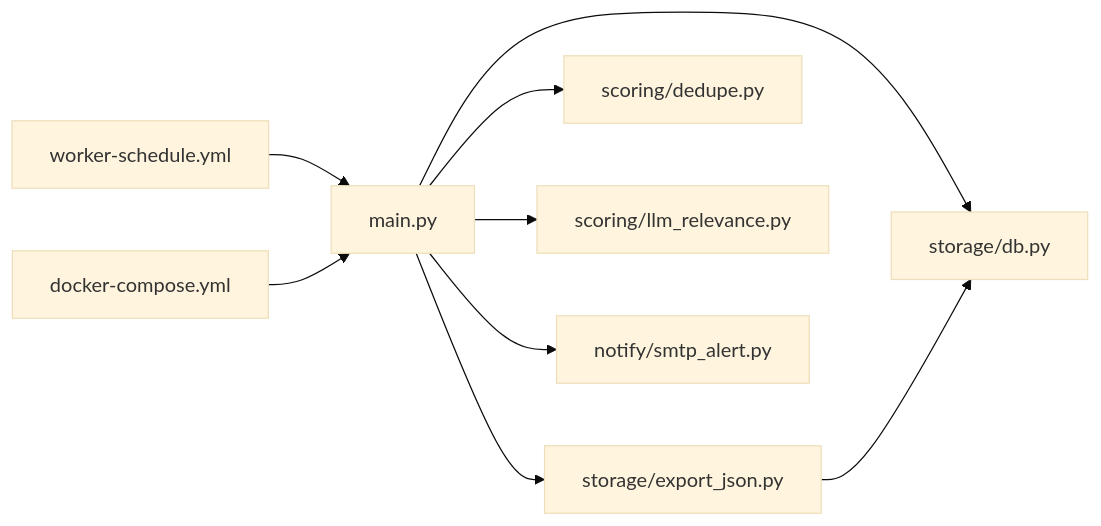
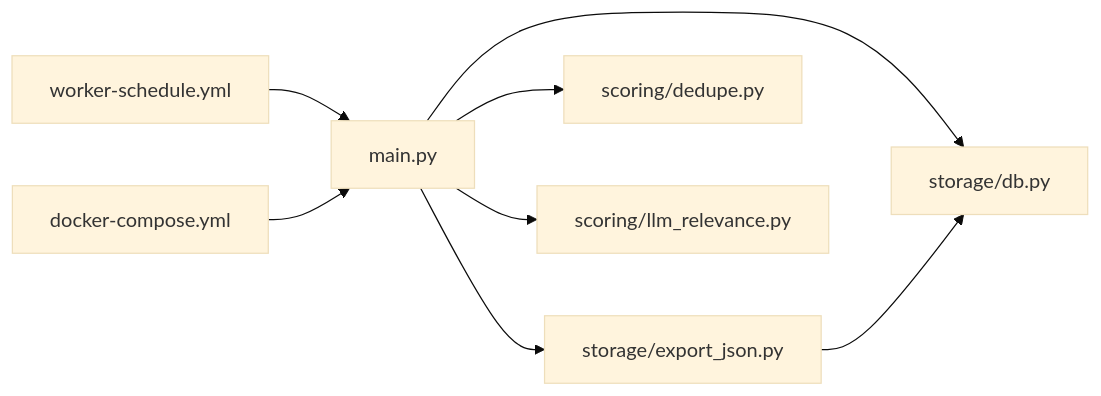
One commit to shakthi-vinayak/news changed the seventh of 7 diagrams in .qoder/repowiki/en/content/Data Management/Data Lifecycle Management.md. Above: the diagram before and after it, drawn with Mermaid (base theme). The commit also changed other lines of this file and 37 other files, not shown here.

````diff
--- a/.qoder/repowiki/en/content/Data Management/Data Lifecycle Management.md
+++ b/.qoder/repowiki/en/content/Data Management/Data Lifecycle Management.md
@@ -307,11 +311,10 @@
 ```mermaid
 graph LR
 Main["main.py"] --> DB["storage/db.py"]
 Main --> Export["storage/export_json.py"]
 Main --> Dedup["scoring/dedupe.py"]
 Main --> LLM["scoring/llm_relevance.py"]
-Main --> Notify["notify/smtp_alert.py"]
 Export --> DB
 GA["worker-schedule.yml"] --> Main
 DC["docker-compose.yml"] --> Main
 ```
````
